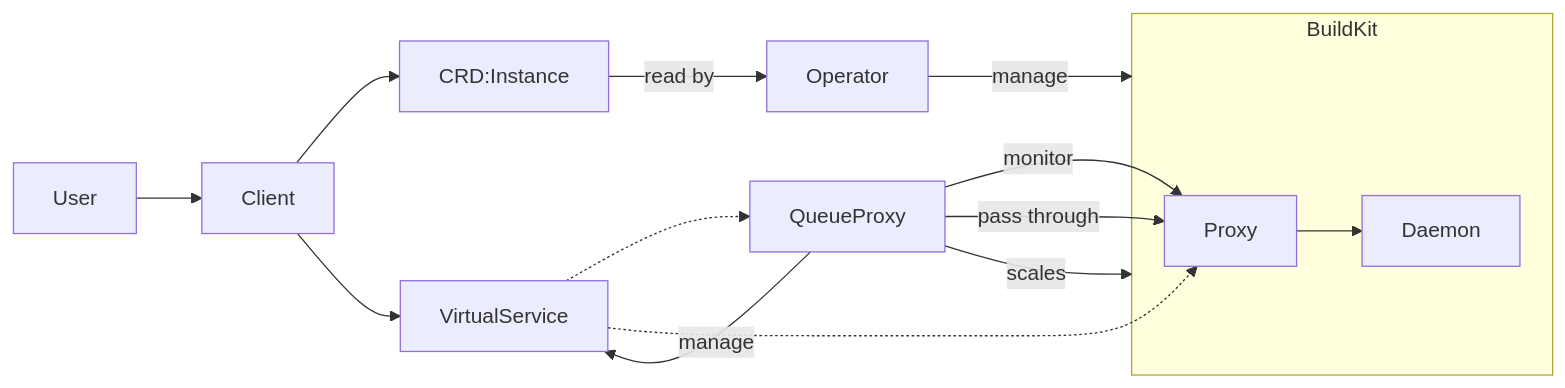
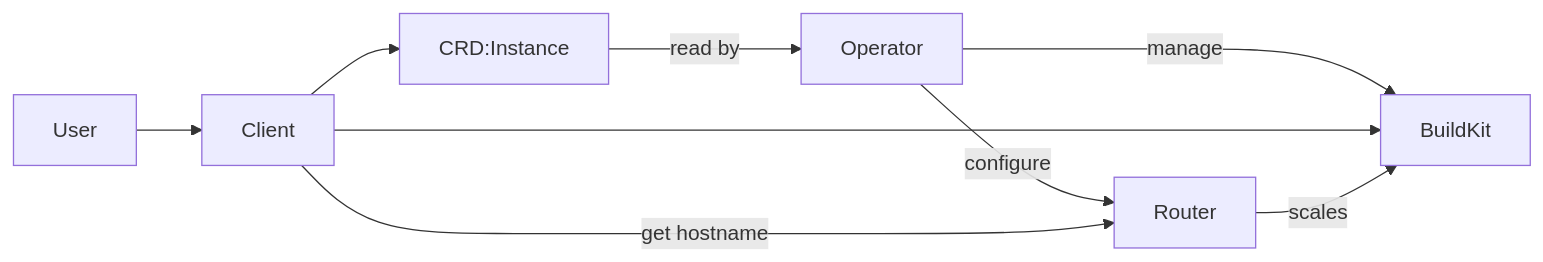
Before and after one commit to benjamin-wright/remote-build: the diagram in README.md, drawn with Mermaid. The commit also changed other lines of this file, not shown here.

````diff
--- a/README.md
+++ b/README.md
@@ -20,21 +19,13 @@
 ```mermaid
 flowchart LR
   User --> Client
   Client --> CRD:Instance
   CRD:Instance -- read by --> Operator 
+  Operator -- configure --> Router
   Operator -- manage --> BuildKit
   
-  Client --> VirtualService
+  Client -- get hostname --> Router
+  Client --> BuildKit
 
-  QueueProxy -- monitor --> Proxy
-  QueueProxy -- pass through --> Proxy
-  QueueProxy -- manage --> VirtualService
-  QueueProxy -- scales --> BuildKit
-
-  VirtualService -.-> QueueProxy
-  VirtualService -.-> Proxy
-
-  subgraph BuildKit
-    Proxy --> Daemon
-  end
+  Router -- scales --> BuildKit
 ```
````
